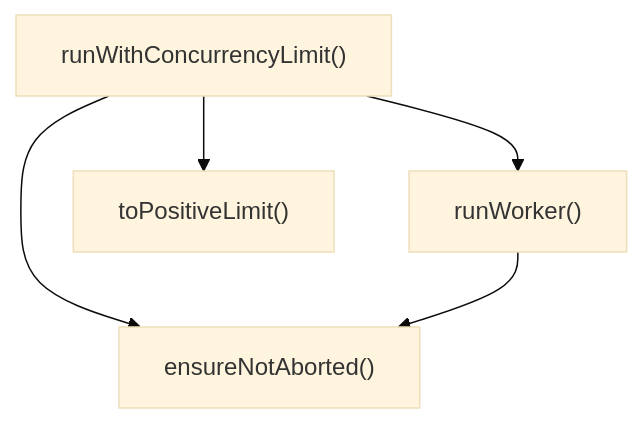
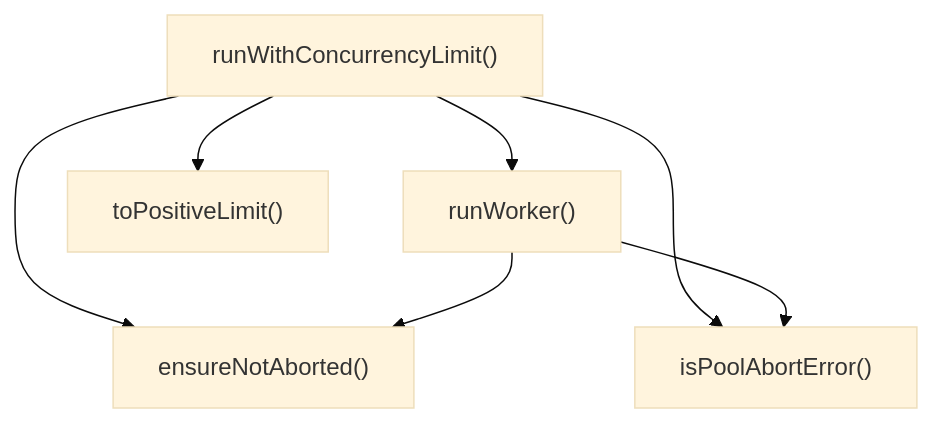
One commit to Mekann2904/mekann changed the third of 4 diagrams in ABDD/.pi/lib/concurrency.md. Above: the diagram before and after it, drawn with Mermaid (base theme). The commit also changed other lines of this file and 205 other files, not shown here.

````diff
--- a/ABDD/.pi/lib/concurrency.md
+++ b/ABDD/.pi/lib/concurrency.md
@@ -43,11 +63,14 @@
 ```mermaid
 flowchart TD
   ensureNotAborted["ensureNotAborted()"]
+  isPoolAbortError["isPoolAbortError()"]
   runWithConcurrencyLimit["runWithConcurrencyLimit()"]
   runWorker["runWorker()"]
   toPositiveLimit["toPositiveLimit()"]
   runWithConcurrencyLimit --> ensureNotAborted
+  runWithConcurrencyLimit --> isPoolAbortError
   runWithConcurrencyLimit --> runWorker
   runWithConcurrencyLimit --> toPositiveLimit
   runWorker --> ensureNotAborted
+  runWorker --> isPoolAbortError
 ```
````
